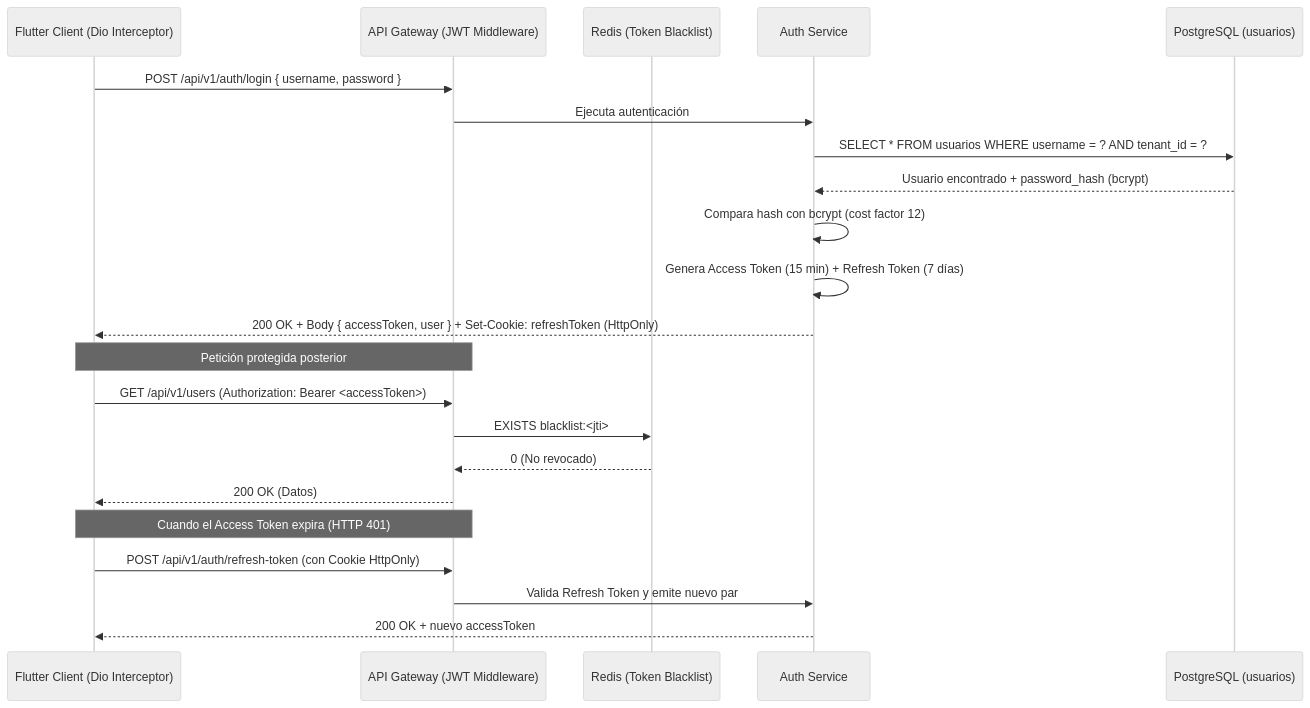
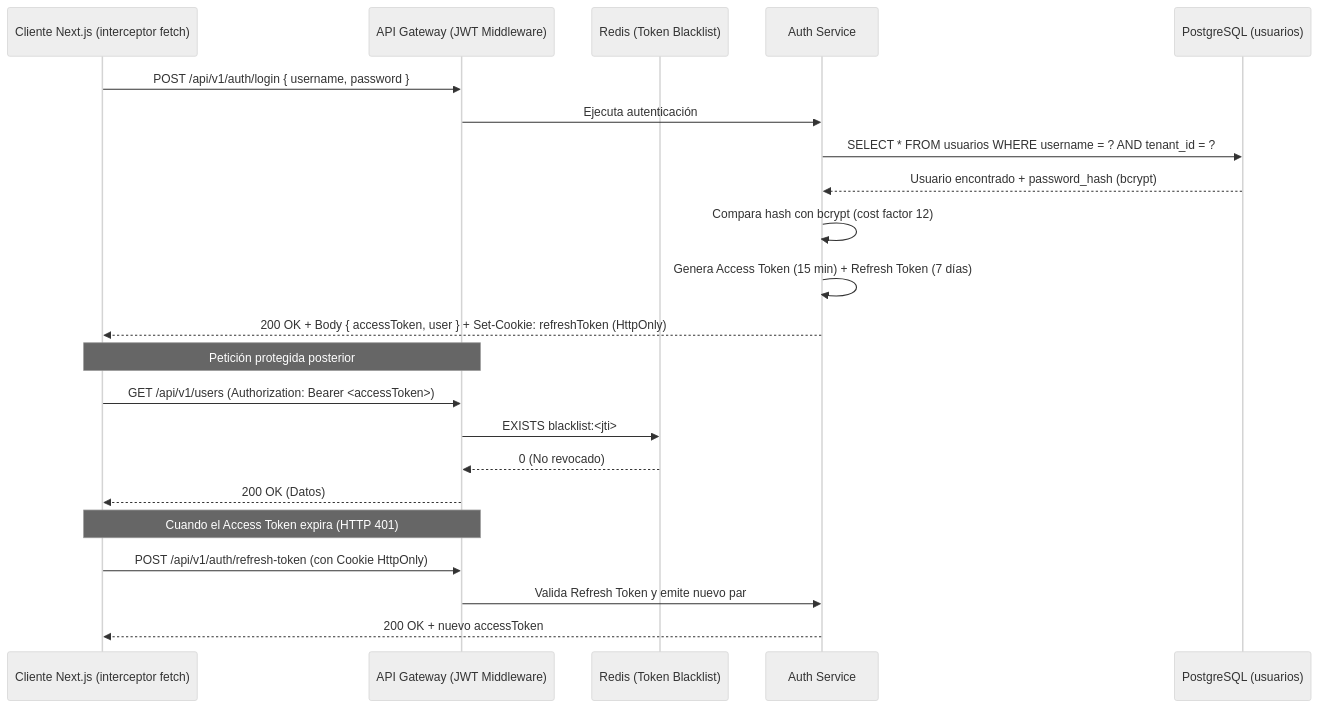
The second of 2 diagrams in D - Base 1 - 01092026/Fase 2/Arquitectura/Squad 1 - Core y Seguridad/README.md (Eduardo-Sebastian-Paipay-Vega/school-management-system), drawn with Mermaid (neutral theme) before and after one commit. The commit also changed other lines of this file and 38 other files, not shown here.

````diff
--- a/D - Base 1 - 01092026/Fase 2/Arquitectura/Squad 1 - Core y Seguridad/README.md
+++ b/D - Base 1 - 01092026/Fase 2/Arquitectura/Squad 1 - Core y Seguridad/README.md
@@ -47,27 +47,27 @@
 ```mermaid
 sequenceDiagram
-    participant C as Flutter Client (Dio Interceptor)
+    participant C as Cliente Next.js (interceptor fetch)
     participant G as API Gateway (JWT Middleware)
     participant R as Redis (Token Blacklist)
     participant B as Auth Service
     participant DB as PostgreSQL (usuarios)
 
     C->>G: POST /api/v1/auth/login { username, password }
     G->>B: Ejecuta autenticación
     B->>DB: SELECT * FROM usuarios WHERE username = ? AND tenant_id = ?
     DB-->>B: Usuario encontrado + password_hash (bcrypt)
     B->>B: Compara hash con bcrypt (cost factor 12)
     B->>B: Genera Access Token (15 min) + Refresh Token (7 días)
     B-->>C: 200 OK + Body { accessToken, user } + Set-Cookie: refreshToken (HttpOnly)
 
     Note over C,G: Petición protegida posterior
     C->>G: GET /api/v1/users (Authorization: Bearer <accessToken>)
     G->>R: EXISTS blacklist:<jti>
     R-->>G: 0 (No revocado)
     G-->>C: 200 OK (Datos)
 
     Note over C,G: Cuando el Access Token expira (HTTP 401)
     C->>G: POST /api/v1/auth/refresh-token (con Cookie HttpOnly)
     G->>B: Valida Refresh Token y emite nuevo par
     B-->>C: 200 OK + nuevo accessToken
 ```
````
